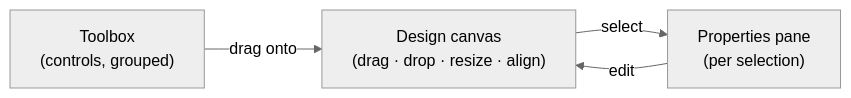
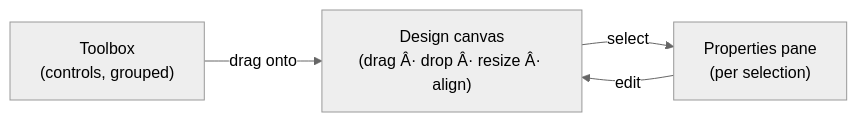
One commit to CloudLandBeta/PowerRustCOBOL changed the fourth of 8 diagrams in docs/developers-guide-en.md. Above: the diagram before and after it, drawn with Mermaid (neutral theme). The commit also changed other lines of this file and 4 other files, not shown here.

````diff
--- a/docs/developers-guide-en.md
+++ b/docs/developers-guide-en.md
@@ -1043,9 +1043,9 @@
 ```mermaid
 flowchart LR
     TBX["Toolbox<br/>(controls, grouped)"]
-    CANVAS["Design canvas<br/>(drag · drop · resize · align)"]
+    CANVAS["Design canvas<br/>(drag Â· drop Â· resize Â· align)"]
     PROP["Properties pane<br/>(per selection)"]
     TBX -- "drag onto" --> CANVAS
     CANVAS -- "select" --> PROP
     PROP -- "edit" --> CANVAS
 ```
````
